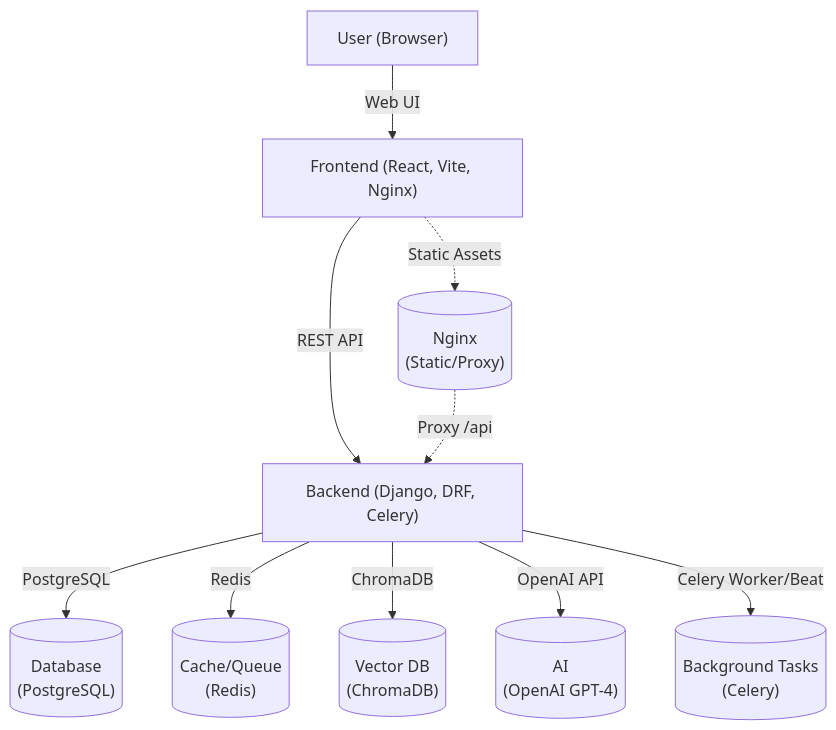
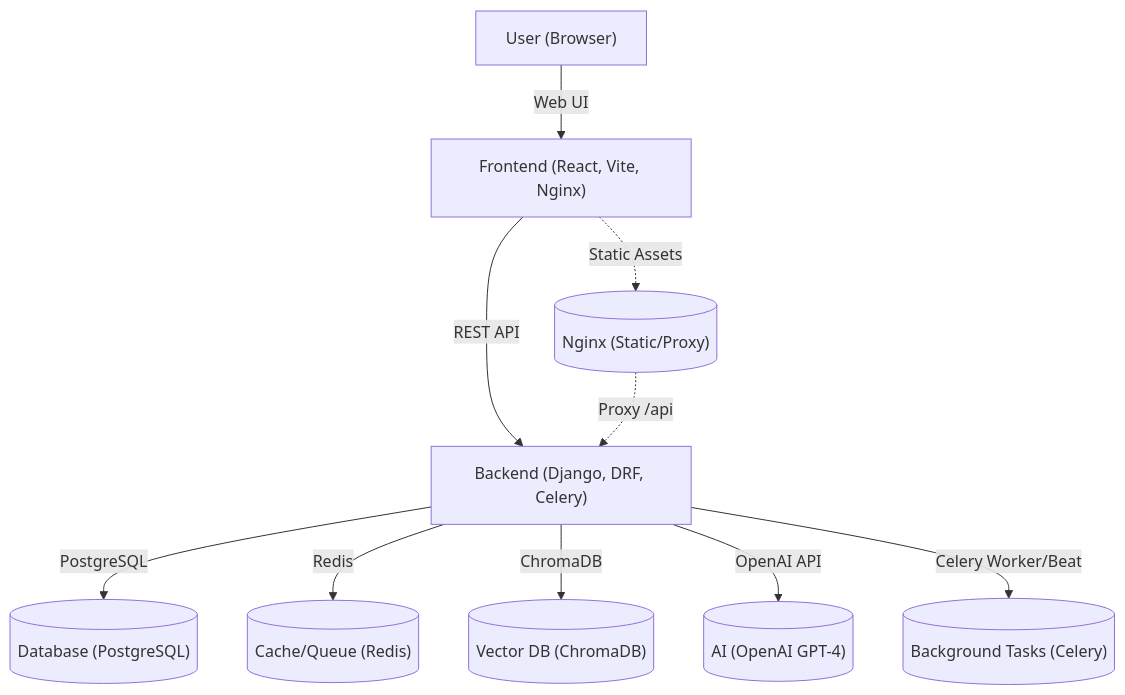
The diagram in README.md (sudhansh-sharma/news-tag-navigator-ai), drawn with Mermaid before and after one commit.

Commit message:
removing the changes

````diff
--- a/README.md
+++ b/README.md
@@ -46,14 +46,14 @@
 ```mermaid
 flowchart TD
   User["User (Browser)"]
     -->|"Web UI"| Frontend["Frontend (React, Vite, Nginx)"]
   Frontend
     -->|"REST API"| Backend["Backend (Django, DRF, Celery)"]
-  Backend -->|"PostgreSQL"| DB[("Database\n(PostgreSQL)")]
-  Backend -->|"Redis"| Redis[("Cache/Queue\n(Redis)")]
-  Backend -->|"ChromaDB"| Chroma[("Vector DB\n(ChromaDB)")]
-  Backend -->|"OpenAI API"| OpenAI[("AI\n(OpenAI GPT-4)")]
-  Backend -->|"Celery Worker/Beat"| Celery[("Background Tasks\n(Celery)")]
-  Frontend -.->|"Static Assets"| Nginx[("Nginx\n(Static/Proxy)")]
+  Backend -->|"PostgreSQL"| DB[("Database (PostgreSQL)")]
+  Backend -->|"Redis"| Redis[("Cache/Queue (Redis)")]
+  Backend -->|"ChromaDB"| Chroma[("Vector DB (ChromaDB)")]
+  Backend -->|"OpenAI API"| OpenAI[("AI (OpenAI GPT-4)")]
+  Backend -->|"Celery Worker/Beat"| Celery[("Background Tasks (Celery)")]
+  Frontend -.->|"Static Assets"| Nginx[("Nginx (Static/Proxy)")]
   Nginx -.->|"Proxy /api"| Backend
 ```
````
